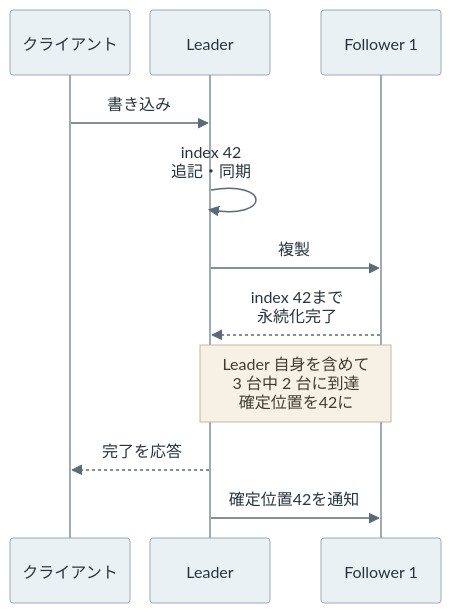
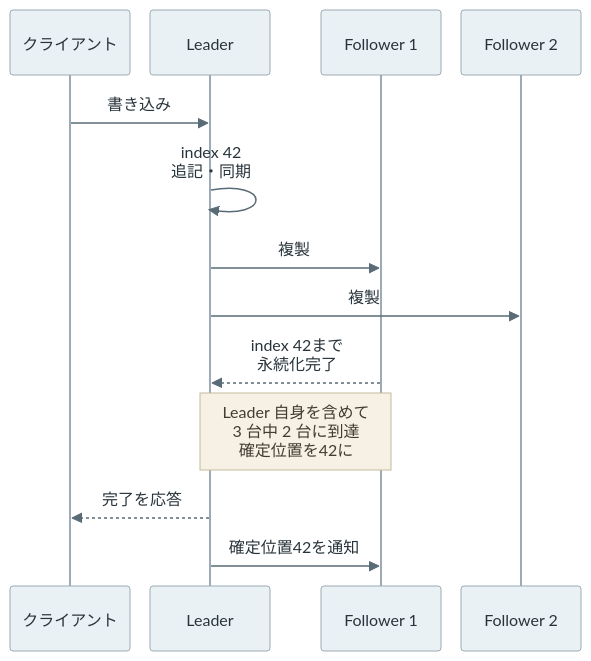
One commit to nao1215/debimate changed the diagram in content/notes/distributed-systems/write-ahead-log/index.md. Above: the diagram before and after it, drawn with Mermaid. The commit also changed other lines of this file, not shown here.

Commit message:
docs(notes): fix factual errors in the write-ahead-log note found by a blind read
Claude-Session: https://claude.ai/code/session_01YUxqecMZen2uvfTdKQk7zM

````diff
--- a/content/notes/distributed-systems/write-ahead-log/index.md
+++ b/content/notes/distributed-systems/write-ahead-log/index.md
@@ -384,14 +384,16 @@
 ```mermaid
 %%{init: {"theme": "base", "themeVariables": {"primaryColor": "#eaf1f5", "primaryTextColor": "#28343b", "primaryBorderColor": "#9cabb5", "lineColor": "#596b76", "textColor": "#28343b", "actorBkg": "#eaf1f5", "actorBorder": "#9cabb5", "actorTextColor": "#28343b", "actorLineColor": "#9cabb5", "signalColor": "#596b76", "signalTextColor": "#28343b", "noteBkgColor": "#f7f1e5", "noteBorderColor": "#c5b99b", "noteTextColor": "#403c32", "activationBkgColor": "#edf3ef", "activationBorderColor": "#9aafa1"}, "sequence": {"actorMargin": 20, "width": 120, "messageMargin": 25, "wrap": false}}}%%
 sequenceDiagram
     participant C as クライアント
     participant L as Leader
     participant F1 as Follower 1
+    participant F2 as Follower 2
     C->>L: 書き込み
     L->>L: index 42<br/>追記・同期
     L->>F1: 複製
+    L->>F2: 複製
     F1-->>L: index 42まで<br/>永続化完了
     Note over L,F1: Leader 自身を含めて<br/>3 台中 2 台に到達<br/>確定位置を42に
     L-->>C: 完了を応答
     L->>F1: 確定位置42を通知
 ```
````
